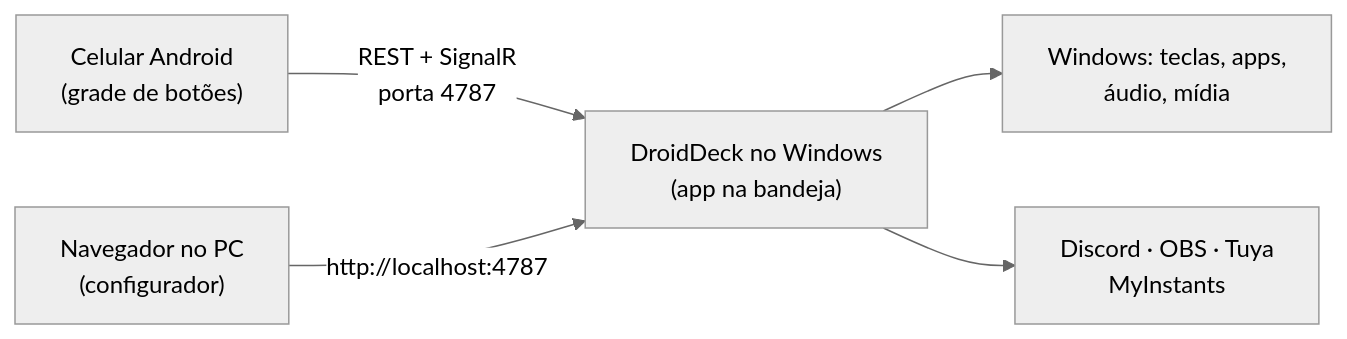
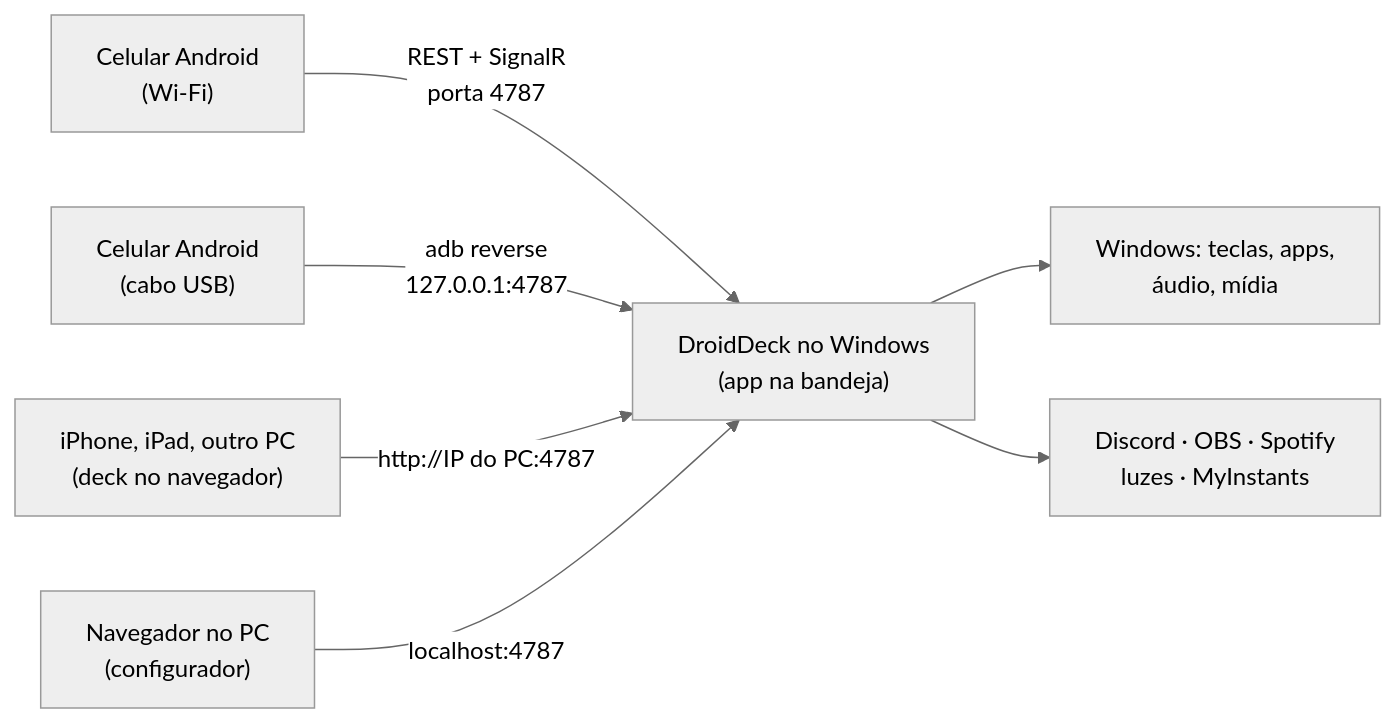
Before and after one commit to Aaqibhafeezkhan/DroidDeck: the diagram in website/docs/pt/index.md, drawn with Mermaid (neutral theme). The commit also changed other lines of this file and 35 other files, not shown here.

````diff
--- a/website/docs/pt/index.md
+++ b/website/docs/pt/index.md
@@ -43,7 +64,9 @@
 ```mermaid
 flowchart LR
-  phone["Celular Android<br/>(grade de botões)"] -- "REST + SignalR<br/>porta 4787" --> pc["DroidDeck no Windows<br/>(app na bandeja)"]
-  browser["Navegador no PC<br/>(configurador)"] -- "http://localhost:4787" --> pc
+  phone["Celular Android<br/>(Wi-Fi)"] -- "REST + SignalR<br/>porta 4787" --> pc["DroidDeck no Windows<br/>(app na bandeja)"]
+  usb["Celular Android<br/>(cabo USB)"] -- "adb reverse<br/>127.0.0.1:4787" --> pc
+  web["iPhone, iPad, outro PC<br/>(deck no navegador)"] -- "http://IP do PC:4787" --> pc
+  config["Navegador no PC<br/>(configurador)"] -- "localhost:4787" --> pc
   pc --> win["Windows: teclas, apps,<br/>áudio, mídia"]
-  pc --> ext["Discord · OBS · Tuya<br/>MyInstants"]
+  pc --> ext["Discord · OBS · Spotify<br/>luzes · MyInstants"]
 ```
````
